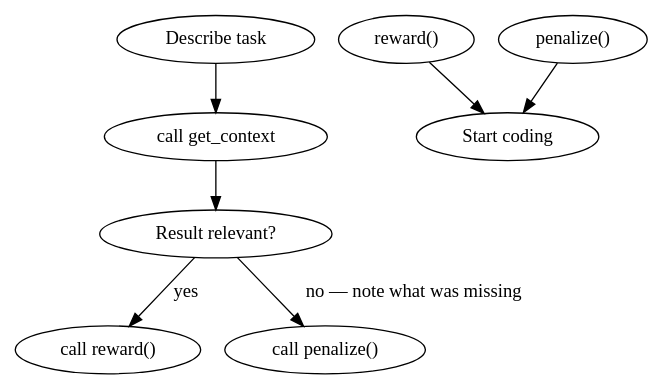
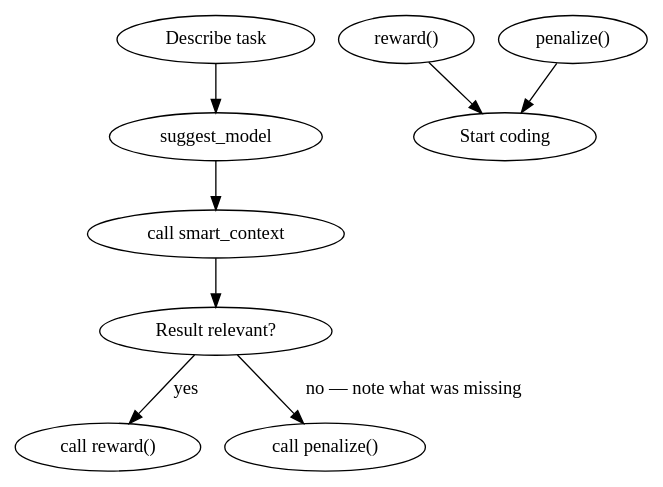
The diagram in skills/lucid-context/SKILL.md (a13xu/lucid), drawn with Graphviz before and after one commit. The commit also changed other lines of this file and 10 other files, not shown here.

````diff
--- a/skills/lucid-context/SKILL.md
+++ b/skills/lucid-context/SKILL.md
@@ -20,10 +20,11 @@
 ```dot
 digraph lucid_context {
-    "Describe task" -> "call get_context";
-    "call get_context" -> "Result relevant?";
+    "Describe task" -> "suggest_model";
+    "suggest_model" -> "call smart_context";
+    "call smart_context" -> "Result relevant?";
     "Result relevant?" -> "call reward()" [label="yes"];
     "Result relevant?" -> "call penalize()" [label="no — note what was missing"];
     "reward()" -> "Start coding";
     "penalize()" -> "Start coding";
 }
 ```
````
